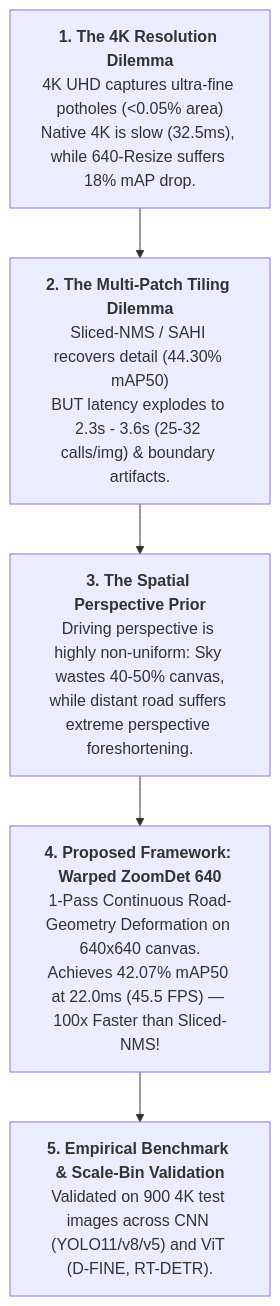
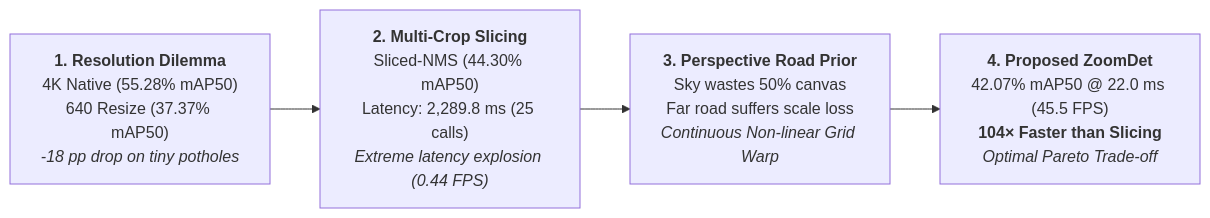
One commit to nxc1802/HRP4K changed the diagram in docs/experiments_master.md. Above: the diagram before and after it, drawn with Mermaid. The commit also changed other lines of this file and 8 other files, not shown here.

````diff
--- a/docs/experiments_master.md
+++ b/docs/experiments_master.md
@@ -161,7 +22,6 @@
 ```mermaid
-flowchart TD
-    A["<b>1. The 4K Resolution Dilemma</b><br>4K UHD captures ultra-fine potholes (&lt;0.05% area)<br>Native 4K is slow (32.5ms), while 640-Resize suffers 18% mAP drop."] --> B["<b>2. The Multi-Patch Tiling Dilemma</b><br>Sliced-NMS / SAHI recovers detail (44.30% mAP50)<br>BUT latency explodes to 2.3s - 3.6s (25-32 calls/img) &amp; boundary artifacts."]
-    B --> C["<b>3. The Spatial Perspective Prior</b><br>Driving perspective is highly non-uniform: Sky wastes 40-50% canvas,<br>while distant road suffers extreme perspective foreshortening."]
-    C --> D["<b>4. Proposed Framework: Warped ZoomDet 640</b><br>1-Pass Continuous Road-Geometry Deformation on 640x640 canvas.<br>Achieves 42.07% mAP50 at 22.0ms (45.5 FPS) — 100x Faster than Sliced-NMS!"]
-    D --> E["<b>5. Empirical Benchmark &amp; Scale-Bin Validation</b><br>Validated on 900 4K test images across CNN (YOLO11/v8/v5) and ViT (D-FINE, RT-DETR)."]
+flowchart LR
+    A["<b>1. Resolution Dilemma</b><br>4K Native (55.28% mAP50)<br>640 Resize (37.37% mAP50)<br><i>-18 pp drop on tiny potholes</i>"] --> B["<b>2. Multi-Crop Slicing</b><br>Sliced-NMS (44.30% mAP50)<br>Latency: 2,289.8 ms (25 calls)<br><i>Extreme latency explosion (0.44 FPS)</i>"]
+    B --> C["<b>3. Perspective Road Prior</b><br>Sky wastes 50% canvas<br>Far road suffers scale loss<br><i>Continuous Non-linear Grid Warp</i>"]
+    C --> D["<b>4. Proposed ZoomDet</b><br>42.07% mAP50 @ 22.0 ms (45.5 FPS)<br><b>104× Faster than Slicing</b><br><i>Optimal Pareto Trade-off</i>"]
 ```
````
